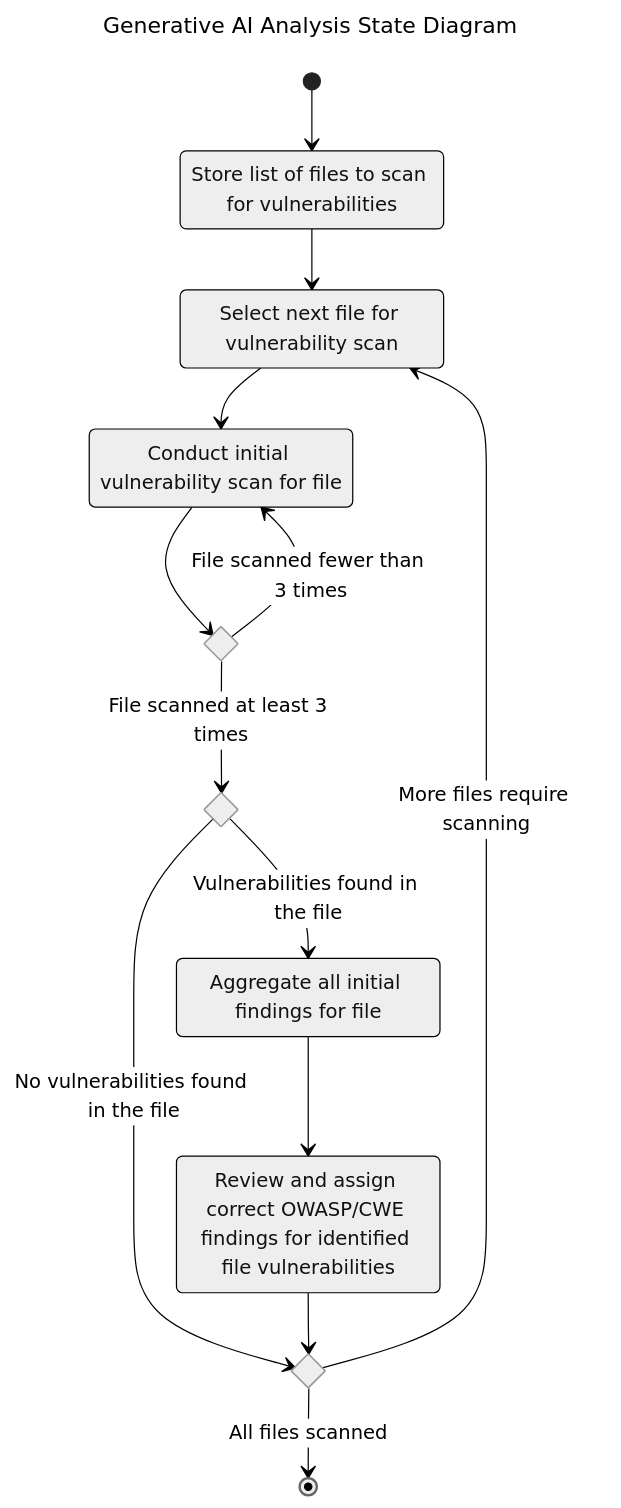
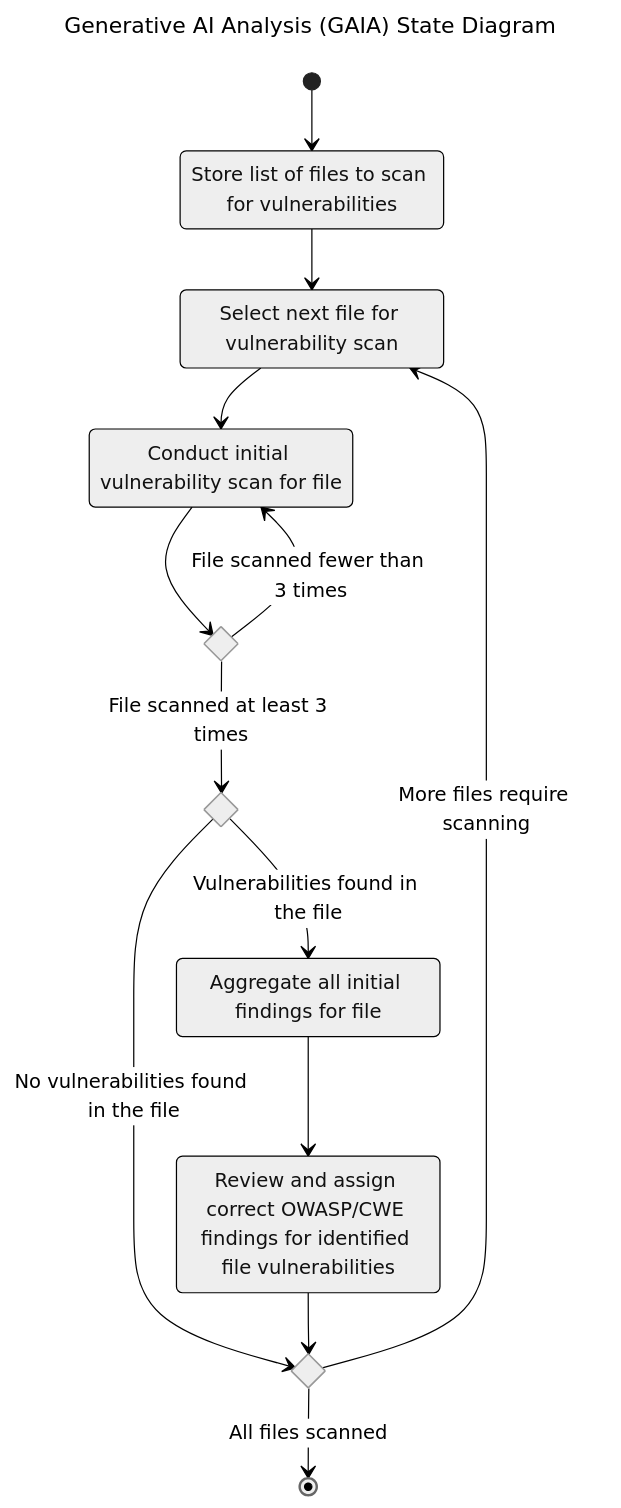
The third of 3 diagrams in README.md (AlexWinder/SecAware), drawn with Mermaid (neutral theme) before and after one commit. The commit also changed other lines of this file, not shown here.

Commit message:
Improvements to state diagrams

````diff
--- a/README.md
+++ b/README.md
@@ -238,34 +243,34 @@
 ```mermaid
 ---
-title: Generative AI Analysis State Diagram
+title: Generative AI Analysis (GAIA) State Diagram
 ---
 stateDiagram-v2
     state "Store list of files to scan for vulnerabilities" as storeList
     state "Select next file for vulnerability scan" as selectNextFile
     state "Conduct initial vulnerability scan for file" as initialScan
     state "Aggregate all initial findings for file" as aggregateFindings
     state "Review and assign correct OWASP/CWE findings for identified file vulnerabilities" as categoriseFindings
 
     state ifInitialScanIteration <<choice>>
     state ifVulnerabilitiesFound <<choice>>
     state ifAllFilesScanned <<choice>>
 
     [*] --> storeList
 
     storeList --> selectNextFile
 
     selectNextFile --> initialScan
     initialScan --> ifInitialScanIteration
 
     ifInitialScanIteration --> initialScan: File scanned fewer than 3 times
     ifInitialScanIteration --> ifVulnerabilitiesFound: File scanned at least 3 times
 
     ifVulnerabilitiesFound --> ifAllFilesScanned: No vulnerabilities found in the file
     ifVulnerabilitiesFound --> aggregateFindings: Vulnerabilities found in the file
 
     aggregateFindings --> categoriseFindings
     categoriseFindings --> ifAllFilesScanned
 
     ifAllFilesScanned --> selectNextFile: More files require scanning
     ifAllFilesScanned --> [*]: All files scanned
 ```
````
